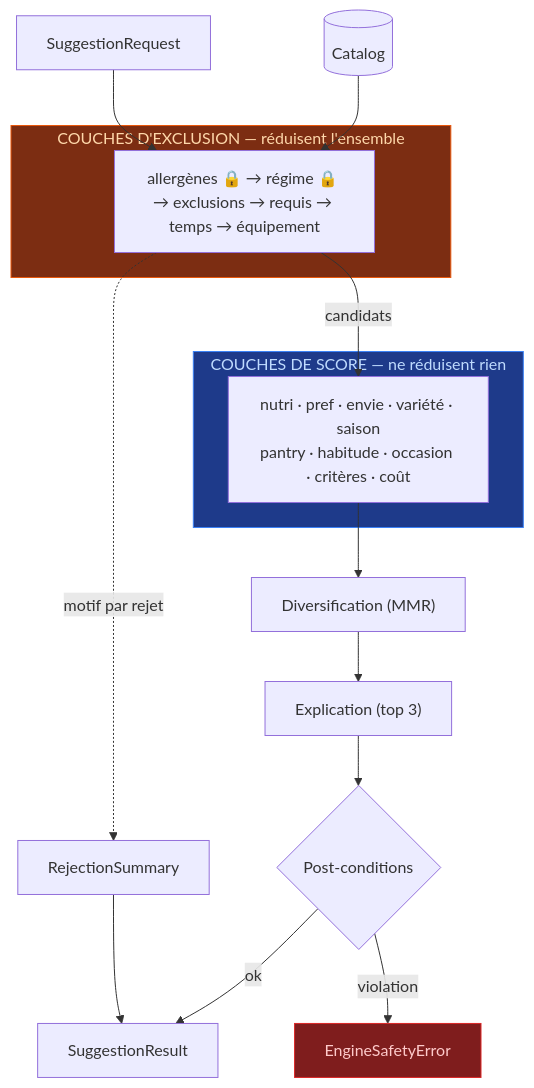
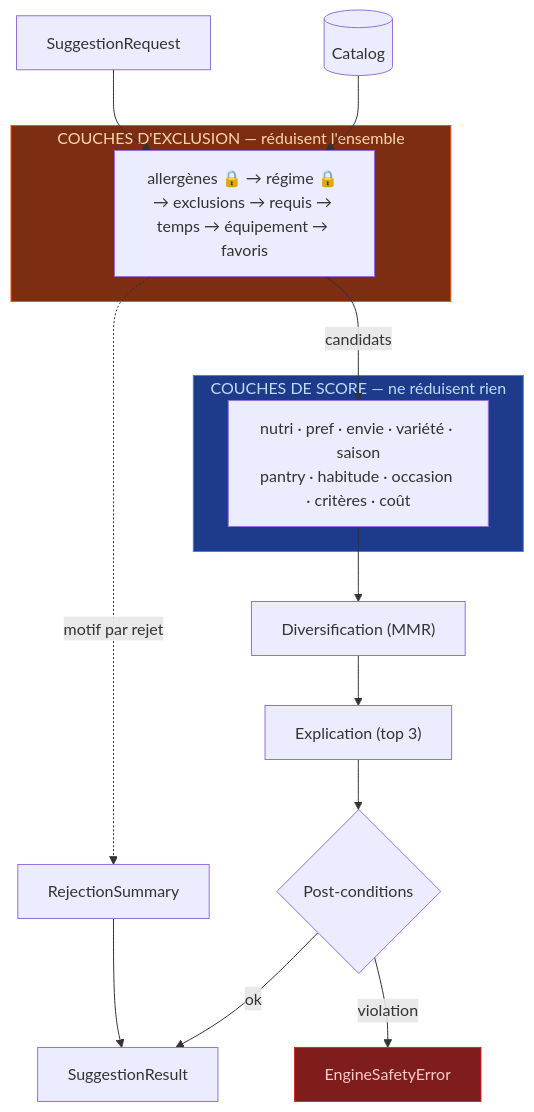
Before and after one commit to poubellebellesse-dev/appli_nutrition: the fourth of 10 diagrams in docs/ENGINE.md, drawn with Mermaid. The commit also changed other lines of this file and 22 other files, not shown here.

````diff
--- a/docs/ENGINE.md
+++ b/docs/ENGINE.md
@@ -370,27 +370,27 @@
 ```mermaid
 flowchart TB
     CAT[("Catalog")] --> EX
     IN["SuggestionRequest"] --> EX
 
     subgraph EXC["COUCHES D'EXCLUSION — réduisent l'ensemble"]
-        EX["allergènes 🔒 → régime 🔒 → exclusions → requis → temps → équipement"]
+        EX["allergènes 🔒 → régime 🔒 → exclusions → requis → temps → équipement → favoris"]
     end
 
     EX -->|candidats| SC
     EX -.->|motif par rejet| RJ["RejectionSummary"]
 
     subgraph SCO["COUCHES DE SCORE — ne réduisent rien"]
         SC["nutri · pref · envie · variété · saison<br/>pantry · habitude · occasion · critères · coût"]
     end
 
     SC --> D["Diversification (MMR)"]
     D --> E["Explication (top 3)"]
     E --> G{"Post-conditions"}
     G -->|ok| OUT["SuggestionResult"]
     G -->|violation| ERR["EngineSafetyError"]
     RJ --> OUT
 
     style EXC fill:#7c2d12,stroke:#ea580c,color:#fed7aa
     style SCO fill:#1e3a8a,stroke:#3b82f6,color:#bfdbfe
     style ERR fill:#7f1d1d,stroke:#dc2626,color:#fecaca
 ```
````
